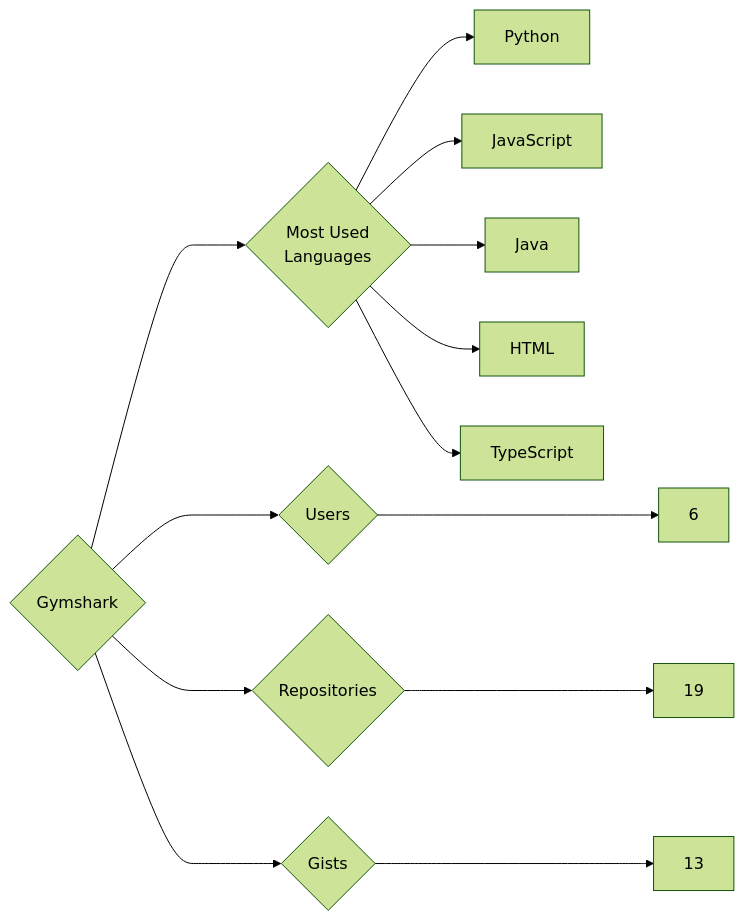
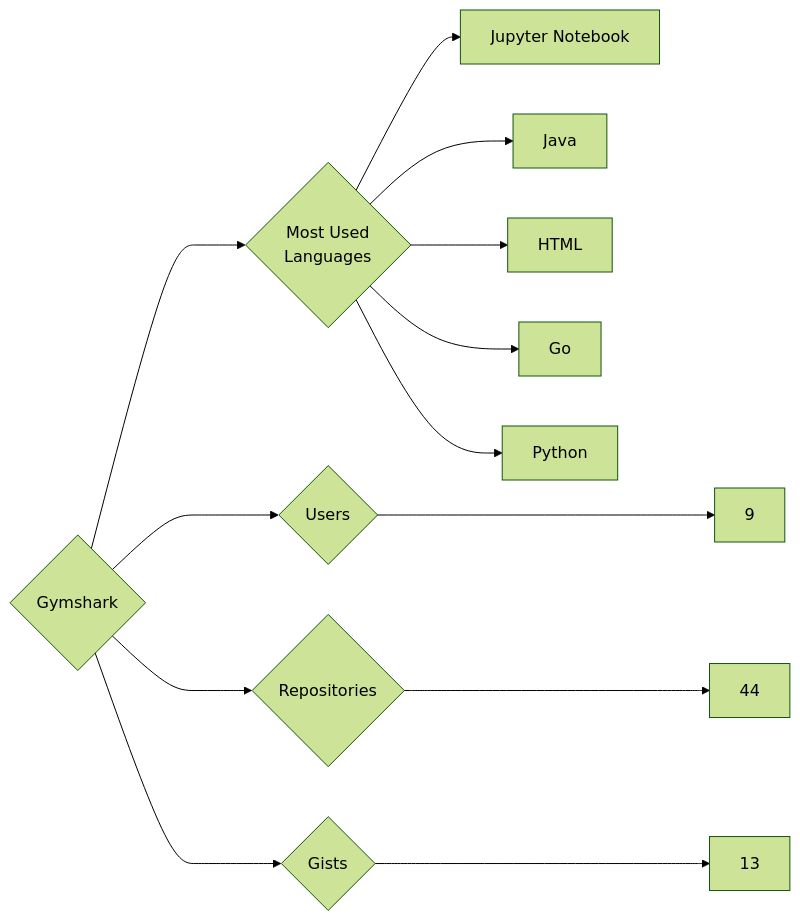
Before and after one commit to trickest/insiders: the diagram in targets/Gymshark/README.md, drawn with Mermaid (forest theme). The commit also changed 1055 other files, not shown here.

````diff
--- a/targets/Gymshark/README.md
+++ b/targets/Gymshark/README.md
@@ -3,13 +3,13 @@
 ```mermaid
 graph LR
 COMPANY_NAME{Gymshark}
-COMPANY_NAME ---> U{Users} ---> UN[6]
-COMPANY_NAME ---> R{Repositories} ---> RN[19]
+COMPANY_NAME ---> U{Users} ---> UN[9]
+COMPANY_NAME ---> R{Repositories} ---> RN[44]
 COMPANY_NAME ---> G{Gists} ---> GN[13]
 COMPANY_NAME ---> ML{Most Used<br>Languages}
-ML --> Python[Python]
-ML --> JavaScript[JavaScript]
+ML --> Jupyter_Notebook[Jupyter Notebook]
 ML --> Java[Java]
 ML --> HTML[HTML]
-ML --> TypeScript[TypeScript]
+ML --> Go[Go]
+ML --> Python[Python]
 ```
````
